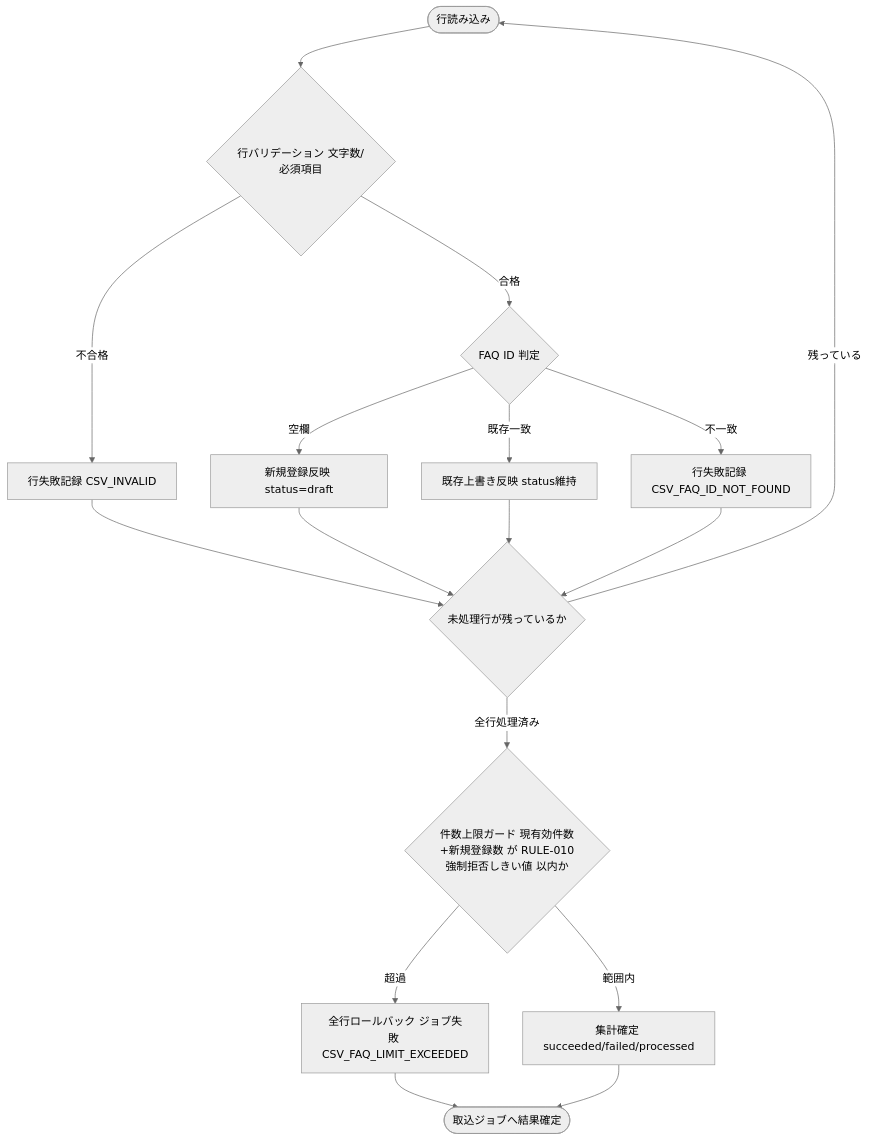
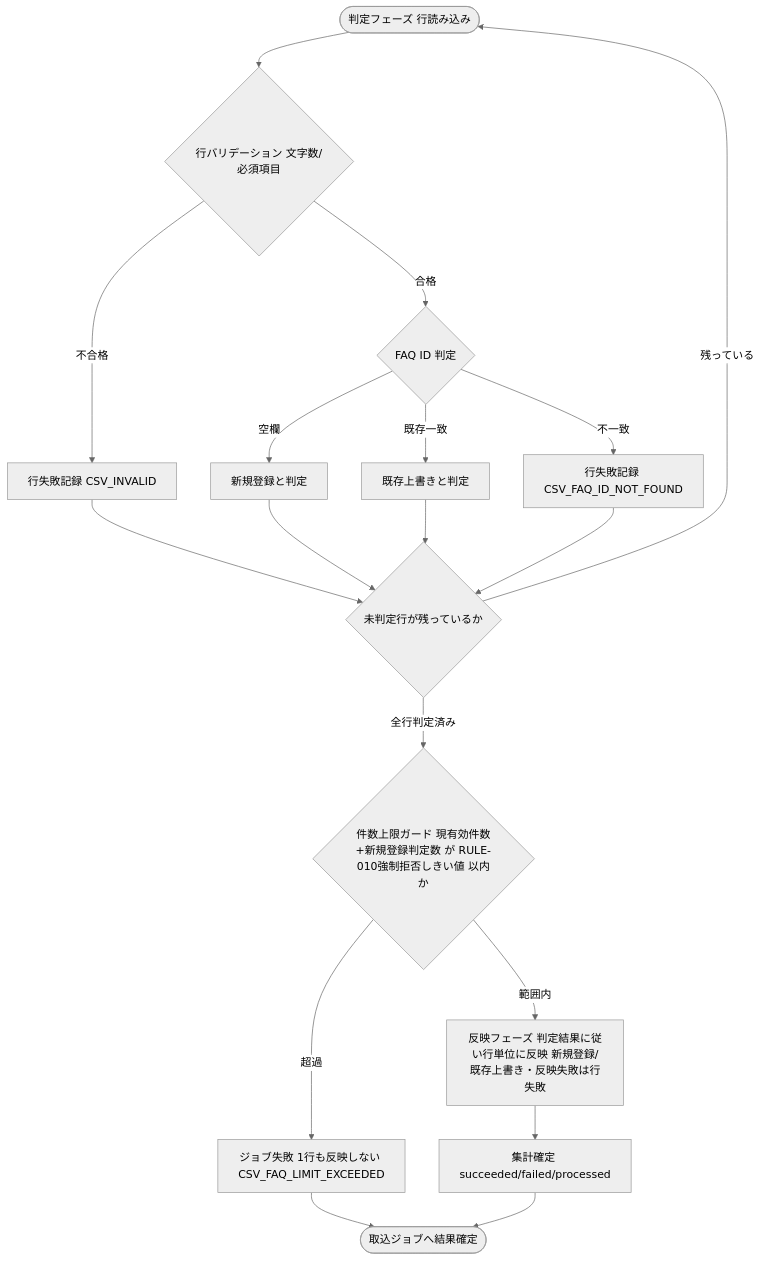
Before and after one commit to sikakou54/open-faq: the diagram in 03_detail_design/04_ipo/IPO-015.md, drawn with Mermaid (neutral theme). The commit also changed other lines of this file and 5 other files, not shown here.

````diff
--- a/03_detail_design/04_ipo/IPO-015.md
+++ b/03_detail_design/04_ipo/IPO-015.md
@@ -69,19 +69,20 @@
 ```mermaid
 flowchart TB
-  S([行読み込み]) --> V{"行バリデーション 文字数/必須項目"}
+  S([判定フェーズ 行読み込み]) --> V{"行バリデーション 文字数/必須項目"}
   V -- 不合格 --> F1[行失敗記録 CSV_INVALID]
   V -- 合格 --> J{"FAQ ID 判定"}
-  J -- 空欄 --> N[新規登録反映 status=draft]
-  J -- 既存一致 --> W[既存上書き反映 status維持]
+  J -- 空欄 --> DN[新規登録と判定]
+  J -- 既存一致 --> DW[既存上書きと判定]
   J -- 不一致 --> F2[行失敗記録 CSV_FAQ_ID_NOT_FOUND]
-  N --> R{"未処理行が残っているか"}
-  W --> R
+  DN --> R{"未判定行が残っているか"}
+  DW --> R
   F1 --> R
   F2 --> R
   R -- 残っている --> S
-  R -- 全行処理済み --> G{"件数上限ガード 現有効件数+新規登録数 が RULE-010強制拒否しきい値 以内か"}
-  G -- 超過 --> RB[全行ロールバック ジョブ失敗 CSV_FAQ_LIMIT_EXCEEDED]
-  G -- 範囲内 --> C[集計確定 succeeded/failed/processed]
+  R -- 全行判定済み --> G{"件数上限ガード 現有効件数+新規登録判定数 が RULE-010強制拒否しきい値 以内か"}
+  G -- 超過 --> RB[ジョブ失敗 1行も反映しない CSV_FAQ_LIMIT_EXCEEDED]
+  G -- 範囲内 --> AP[反映フェーズ 判定結果に従い行単位に反映 新規登録/既存上書き・反映失敗は行失敗]
+  AP --> C[集計確定 succeeded/failed/processed]
   RB --> E([取込ジョブへ結果確定])
   C --> E
 ```
````
